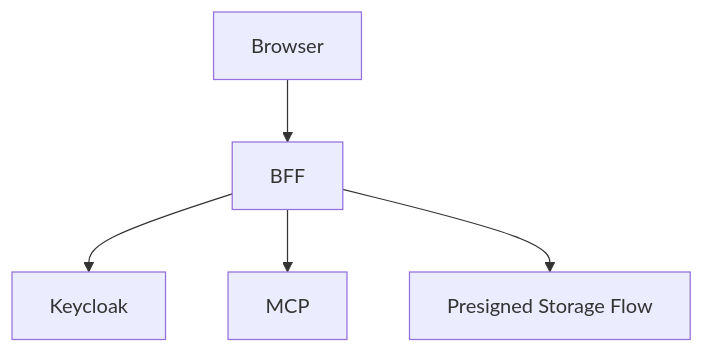
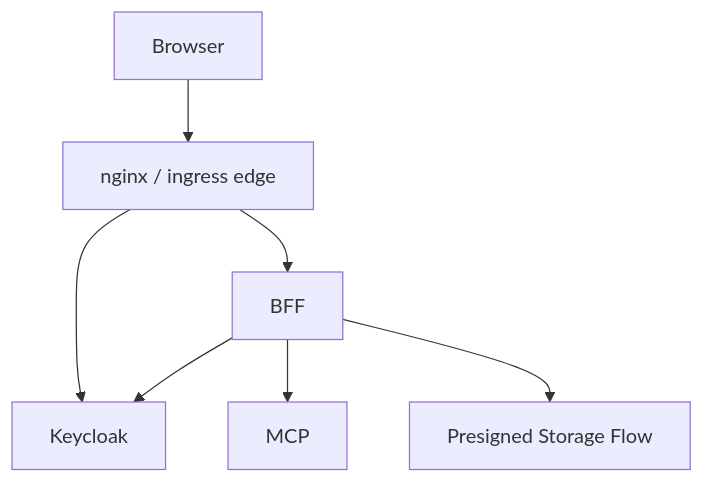
Before and after one commit to Tuee22/studioMCP: the diagram in documents/reference/web_portal_surface.md, drawn with Mermaid. The commit also changed other lines of this file and 92 other files, not shown here.

````diff
--- a/documents/reference/web_portal_surface.md
+++ b/documents/reference/web_portal_surface.md
@@ -47,7 +77,9 @@
 ```mermaid
 flowchart TB
-  Browser[Browser] --> BFF[BFF]
+  Browser[Browser] --> Edge[nginx / ingress edge]
+  Edge --> BFF[BFF]
+  Edge --> Keycloak[Keycloak]
   BFF --> Keycloak[Keycloak]
   BFF --> MCP[MCP]
   BFF --> Storage[Presigned Storage Flow]
 ```
````
